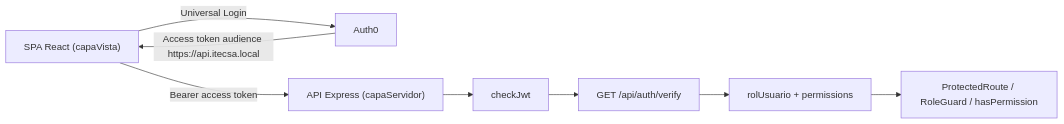
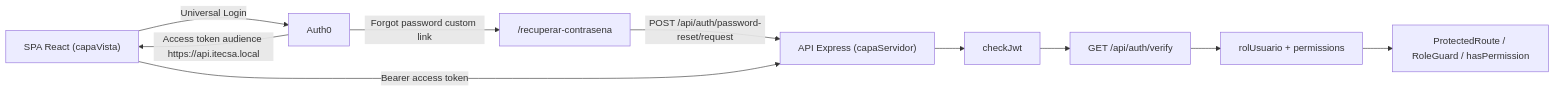
The first of 2 diagrams in docs/ARQUITECTURA.md (Grupo10ingsoftware/itecsa-app), drawn with Mermaid before and after one commit. The commit also changed other lines of this file and 4 other files, not shown here.

````diff
--- a/docs/ARQUITECTURA.md
+++ b/docs/ARQUITECTURA.md
@@ -7,10 +7,12 @@
 ```mermaid
 flowchart LR
     SPA["SPA React (capaVista)"] -->|"Universal Login"| AUTH0["Auth0"]
+    AUTH0 -->|"Forgot password custom link"| RESET_PAGE["/recuperar-contrasena"]
+    RESET_PAGE -->|"POST /api/auth/password-reset/request"| API
     AUTH0 -->|"Access token audience https://api.itecsa.local"| SPA
     SPA -->|"Bearer access token"| API["API Express (capaServidor)"]
     API --> JWT["checkJwt"]
     JWT --> VERIFY["GET /api/auth/verify"]
     VERIFY --> SPA_PERMS["rolUsuario + permissions"]
     SPA_PERMS --> GUARDS["ProtectedRoute / RoleGuard / hasPermission"]
 ```
````
